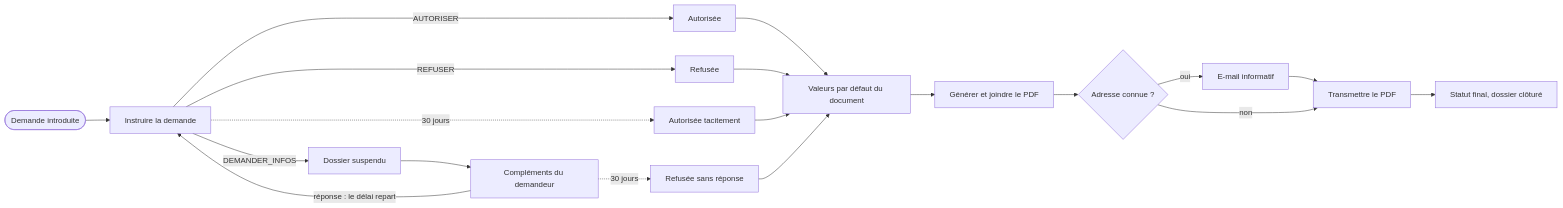
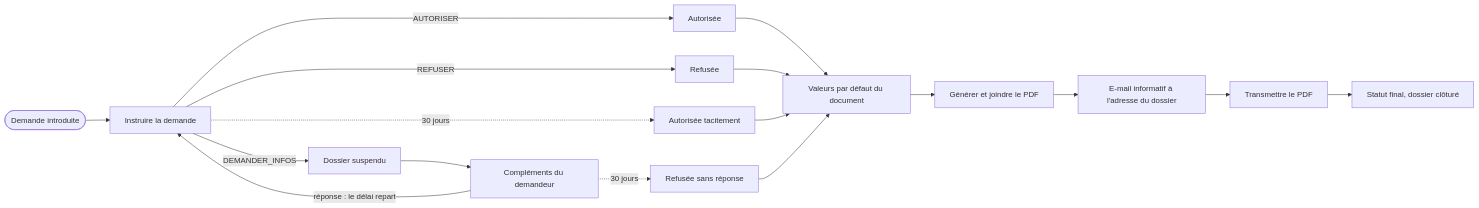
The diagram in exemples/autorisation-riverain/README.md (superjojo79/Myrmacta), drawn with Mermaid before and after one commit. The commit also changed other lines of this file and 7 other files, not shown here.

First line of the commit message:
docs(exemples): l'exemple riverain lit l'adresse dans le dossier

````diff
--- a/exemples/autorisation-riverain/README.md
+++ b/exemples/autorisation-riverain/README.md
@@ -30,15 +30,13 @@
 ```mermaid
 flowchart LR
   D([Demande introduite]) --> I[Instruire la demande]
   I -- AUTORISER --> A[Autorisée]
   I -- REFUSER --> R[Refusée]
   I -- DEMANDER_INFOS --> S[Dossier suspendu] --> C[Compléments du demandeur]
   C -- réponse : le délai repart --> I
   I -. 30 jours .-> T[Autorisée tacitement]
   C -. 30 jours .-> RS[Refusée sans réponse]
   A & R & T & RS --> P[Valeurs par défaut du document] --> G[Générer et joindre le PDF]
-  G --> M{Adresse connue ?}
-  M -- oui --> E[E-mail informatif] --> X[Transmettre le PDF]
-  M -- non --> X
+  G --> E[E-mail informatif à l'adresse du dossier] --> X[Transmettre le PDF]
   X --> F[Statut final, dossier clôturé]
 ```
````
